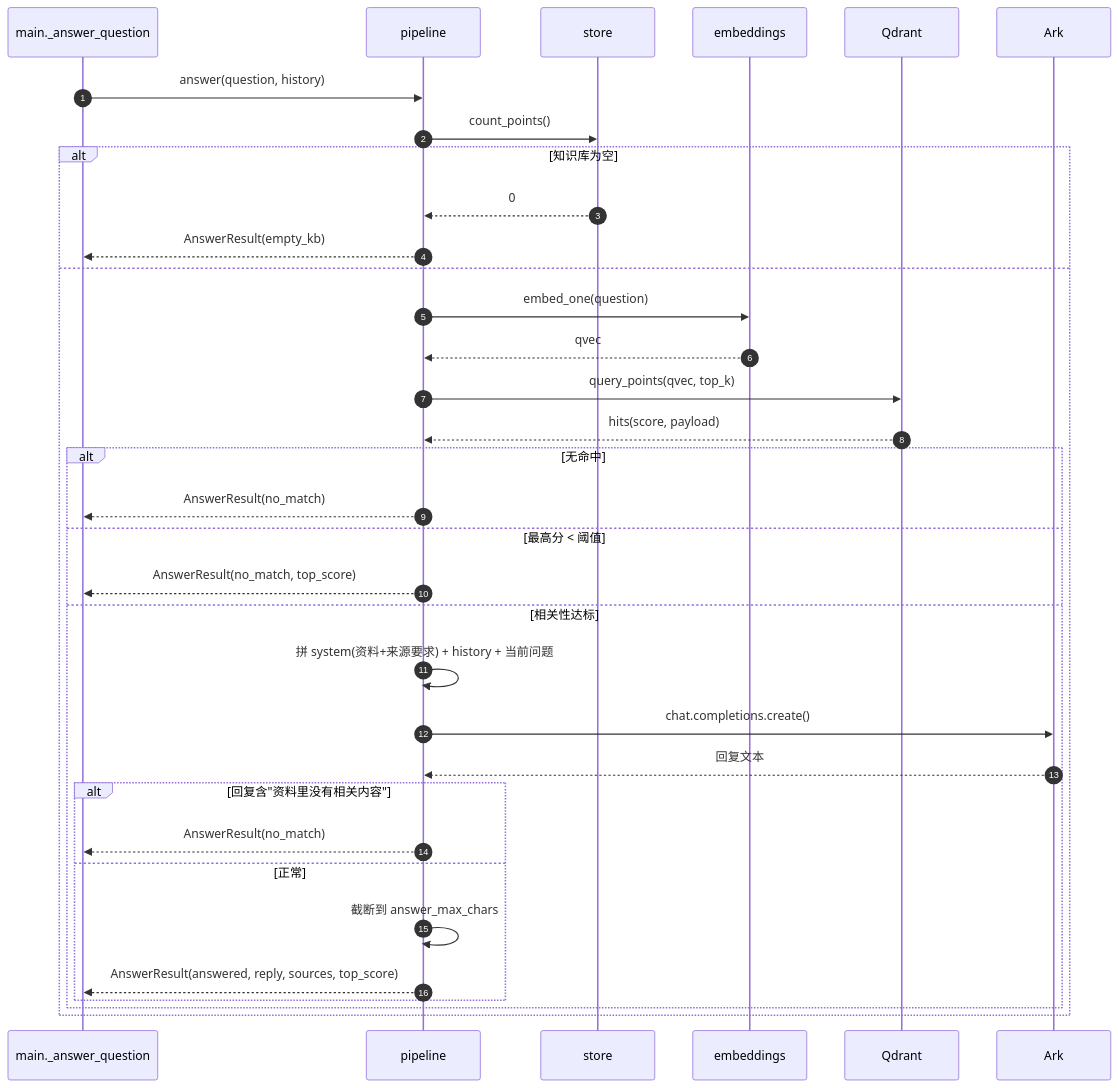
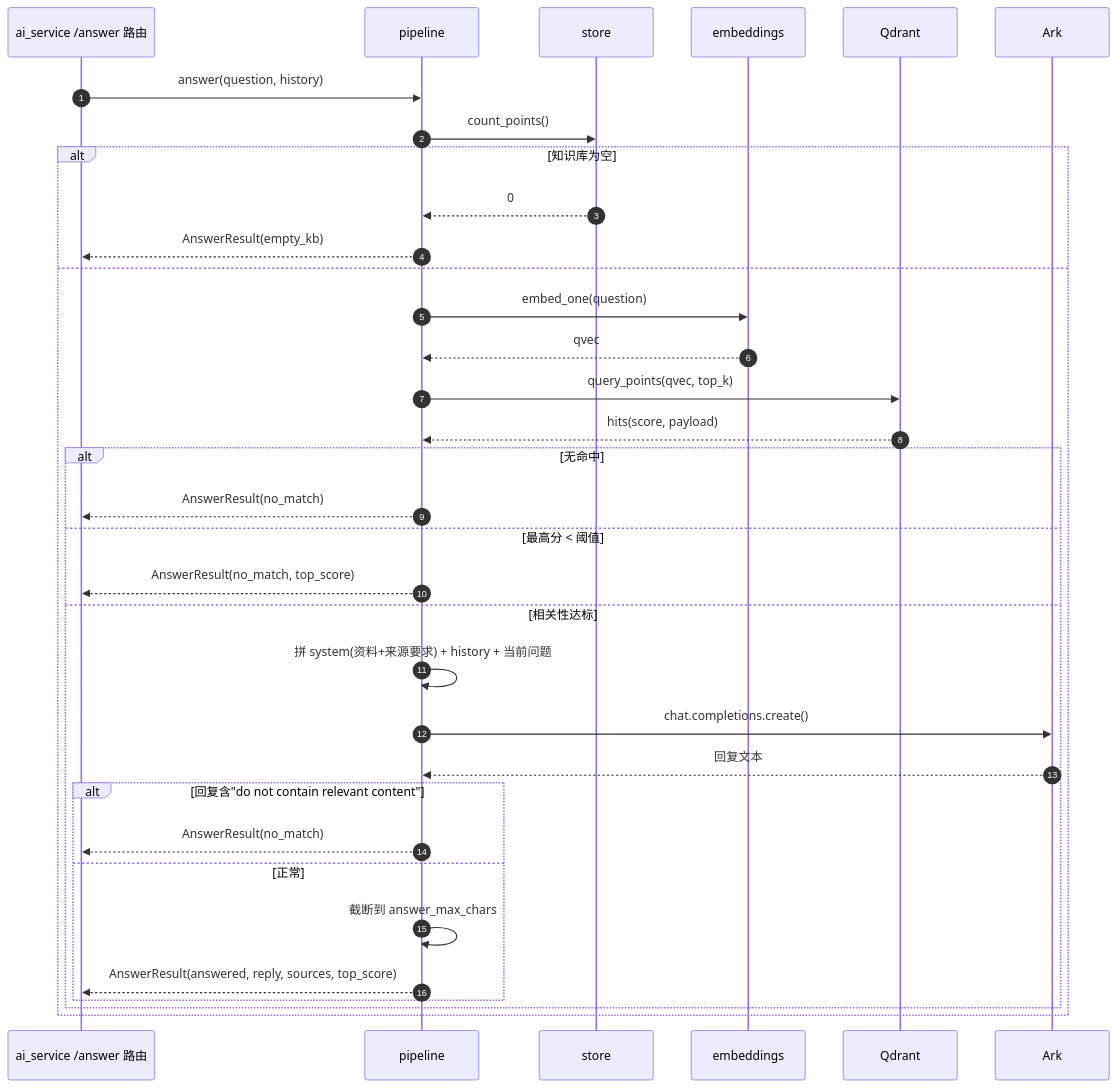
The sixth of 8 diagrams in docs/时序图.md (xiaozhao0309/whatsAppAgent), drawn with Mermaid before and after one commit. The commit also changed other lines of this file and 4 other files, not shown here.

First line of the commit message:
docs: align documentation with two-service (backend + ai_service) architecture

````diff
--- a/docs/时序图.md
+++ b/docs/时序图.md
@@ -234,37 +260,37 @@
 ```mermaid
 sequenceDiagram
     autonumber
-    participant Caller as main._answer_question
+    participant Caller as ai_service /answer 路由
     participant P as pipeline
     participant ST as store
     participant E as embeddings
     participant Q as Qdrant
     participant LLM as Ark
 
     Caller->>P: answer(question, history)
     P->>ST: count_points()
     alt 知识库为空
         ST-->>P: 0
         P-->>Caller: AnswerResult(empty_kb)
     else
         P->>E: embed_one(question)
         E-->>P: qvec
         P->>Q: query_points(qvec, top_k)
         Q-->>P: hits(score, payload)
         alt 无命中
             P-->>Caller: AnswerResult(no_match)
         else 最高分 < 阈值
             P-->>Caller: AnswerResult(no_match, top_score)
         else 相关性达标
             P->>P: 拼 system(资料+来源要求) + history + 当前问题
             P->>LLM: chat.completions.create()
             LLM-->>P: 回复文本
-            alt 回复含"资料里没有相关内容"
+            alt 回复含"do not contain relevant content"
                 P-->>Caller: AnswerResult(no_match)
             else 正常
                 P->>P: 截断到 answer_max_chars
                 P-->>Caller: AnswerResult(answered, reply, sources, top_score)
             end
         end
     end
 ```
````
